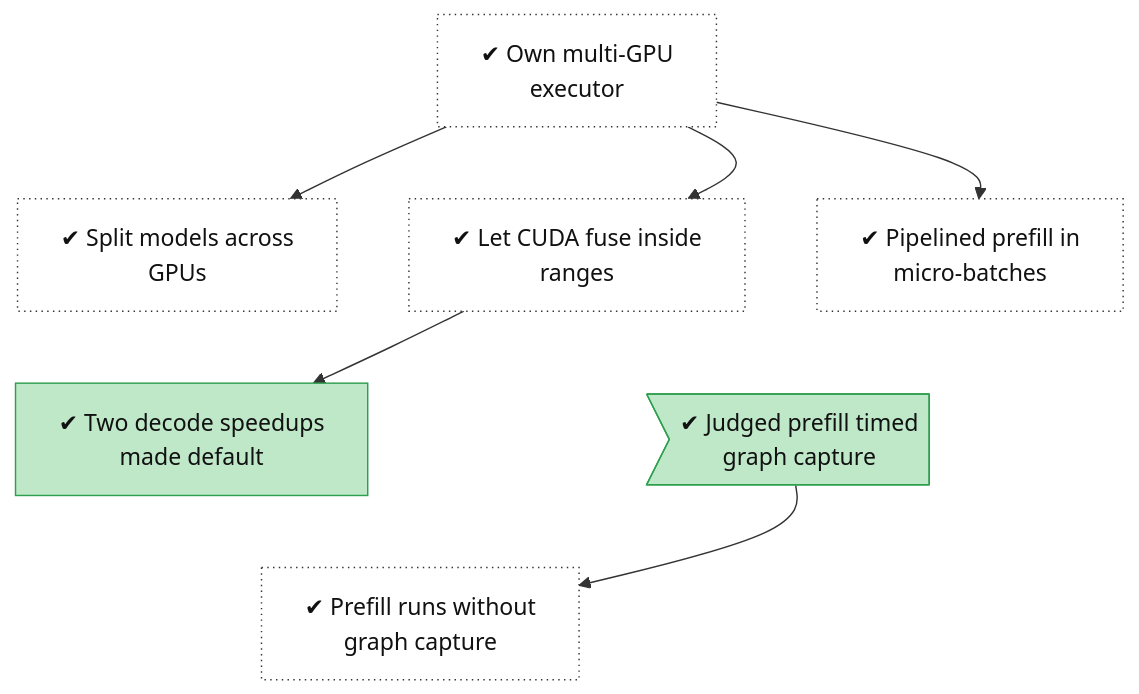
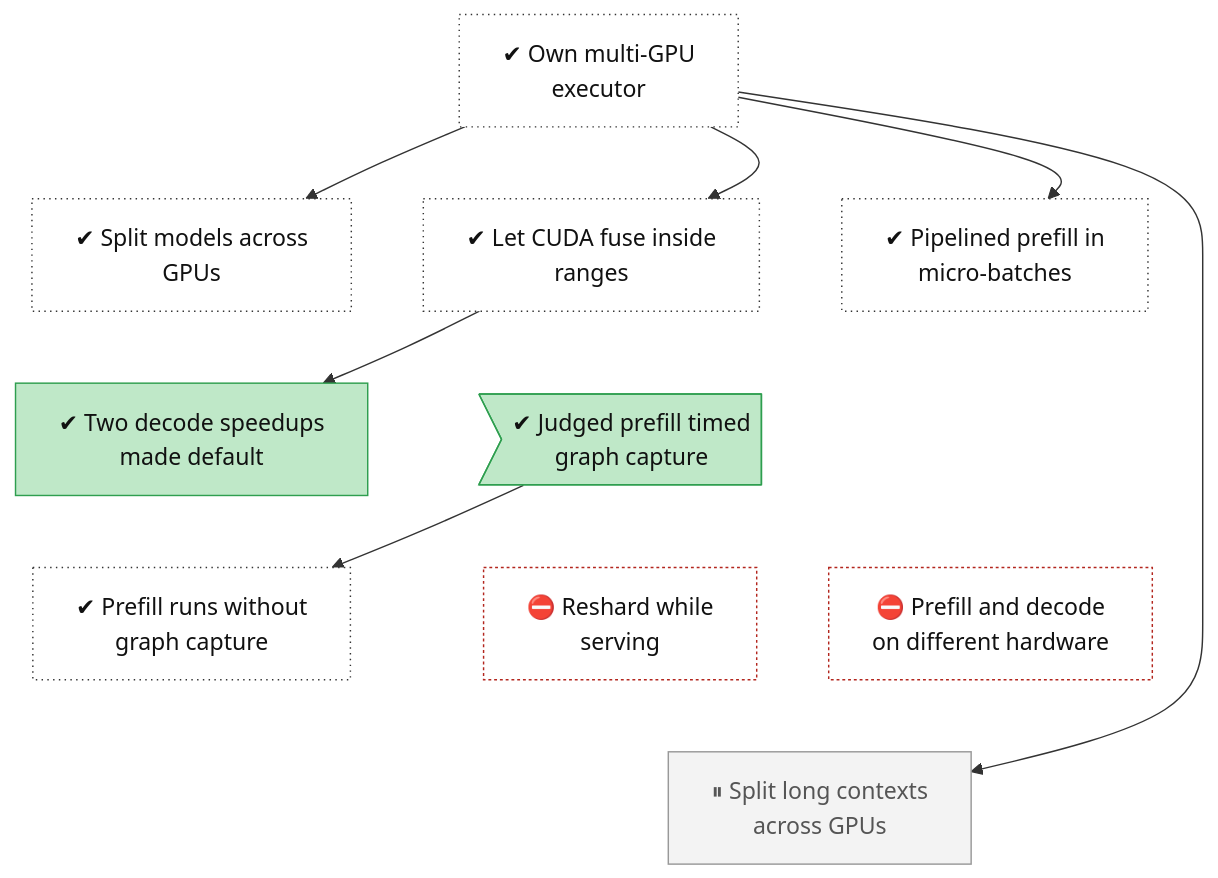
Before and after one commit to lhns/tetraeder: the diagram in docs/roadmap/tracks/multi.md, drawn with Mermaid. The commit also changed other lines of this file and 12 other files, not shown here.

Commit message:
Roadmap: forward nodes for every unbuilt planned item (phases 6 to 9, parked Phase 2 to 5 items, Track B, D1), cluster track, box-later and cluster lanes

````diff
--- a/docs/roadmap/tracks/multi.md
+++ b/docs/roadmap/tracks/multi.md
@@ -10,39 +10,49 @@
 ```mermaid
 flowchart TB
     multi_executor["✔ Own multi-GPU<br/>executor"]
     multi_sharded["✔ Split models across<br/>GPUs"]
     multi_graph_views["✔ Let CUDA fuse inside<br/>ranges"]
     multi_pipelined_prefill["✔ Pipelined prefill in<br/>micro-batches"]
     multi_decode_toggles["✔ Two decode speedups<br/>made default"]
     multi_defect_capture>"✔ Judged prefill timed<br/>graph capture"]
     multi_prefill_no_capture["✔ Prefill runs without<br/>graph capture"]
+    multi_live_reshard["⛔ Reshard while<br/>serving"]
+    multi_split_hardware["⛔ Prefill and decode<br/>on different hardware"]
+    multi_context_parallel["⏸ Split long contexts<br/>across GPUs"]
     multi_executor ~~~ multi_sharded
     multi_executor ~~~ multi_graph_views
     multi_executor ~~~ multi_pipelined_prefill
     multi_sharded ~~~ multi_decode_toggles
     multi_graph_views ~~~ multi_defect_capture
     multi_pipelined_prefill ~~~ multi_defect_capture
     multi_decode_toggles ~~~ multi_prefill_no_capture
-    multi_defect_capture ~~~ multi_prefill_no_capture
+    multi_defect_capture ~~~ multi_live_reshard
+    multi_defect_capture ~~~ multi_split_hardware
+    multi_prefill_no_capture ~~~ multi_context_parallel
+    multi_live_reshard ~~~ multi_context_parallel
+    multi_split_hardware ~~~ multi_context_parallel
     multi_executor --> multi_sharded
     multi_executor --> multi_graph_views
     multi_executor --> multi_pipelined_prefill
     multi_graph_views --> multi_decode_toggles
     multi_defect_capture --> multi_prefill_no_capture
+    multi_executor --> multi_context_parallel
     classDef vsucc fill:#2e9e4f,stroke:#1b6b34,color:#fff
     classDef succ fill:#bfe8c8,stroke:#2e9e4f,color:#111
     classDef mixed fill:#ffd37a,stroke:#c98a00,color:#111
     classDef bad fill:#f28b82,stroke:#b3261e,color:#111
     classDef dead fill:#e6e6e6,stroke:#777,stroke-dasharray:5 5,color:#555
     classDef inprog fill:#a8cdf5,stroke:#1f6fc5,color:#111
     classDef next fill:#fff,stroke:#333,color:#111
     classDef blocked fill:#fff,stroke:#b3261e,stroke-dasharray:2 2,color:#111
     classDef parked fill:#f3f3f3,stroke:#999,color:#555
     classDef unrated fill:#fff,stroke:#333,stroke-dasharray:1 3,color:#111
     classDef gate fill:#d9c2f0,stroke:#7b3fb5,color:#111
     classDef decided fill:#ece0f7,stroke:#7b3fb5,stroke-dasharray:2 2,color:#111
     classDef finding fill:#ffe0b2,stroke:#d84315,stroke-width:2px,color:#111
     classDef waiting fill:#e3f2fd,stroke:#1f6fc5,stroke-dasharray:5 5,color:#111
     class multi_executor,multi_sharded,multi_graph_views,multi_pipelined_prefill,multi_prefill_no_capture unrated
     class multi_decode_toggles,multi_defect_capture succ
+    class multi_live_reshard,multi_split_hardware blocked
+    class multi_context_parallel parked
 ```
````
